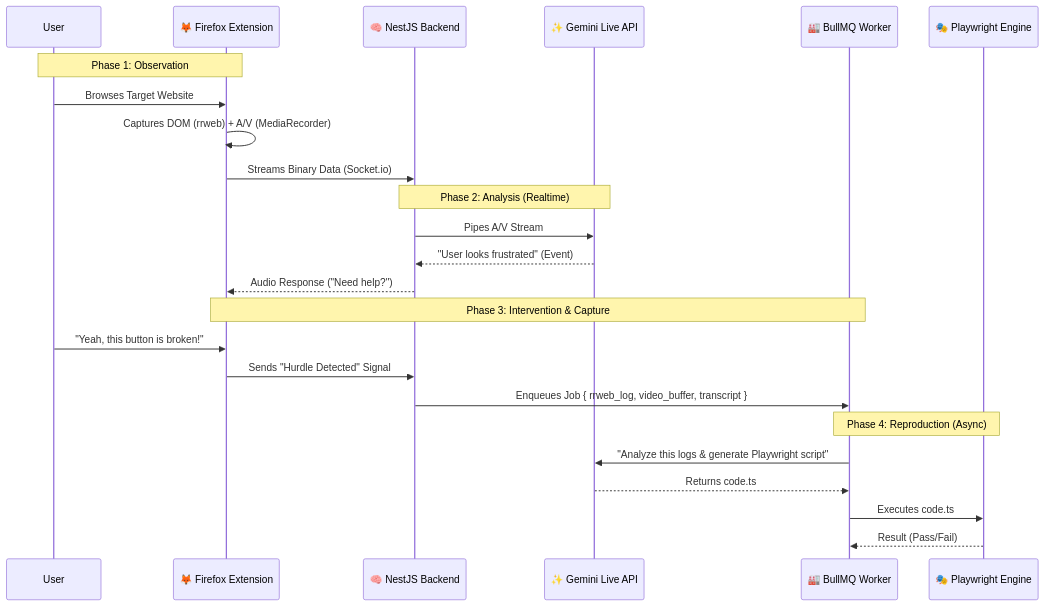
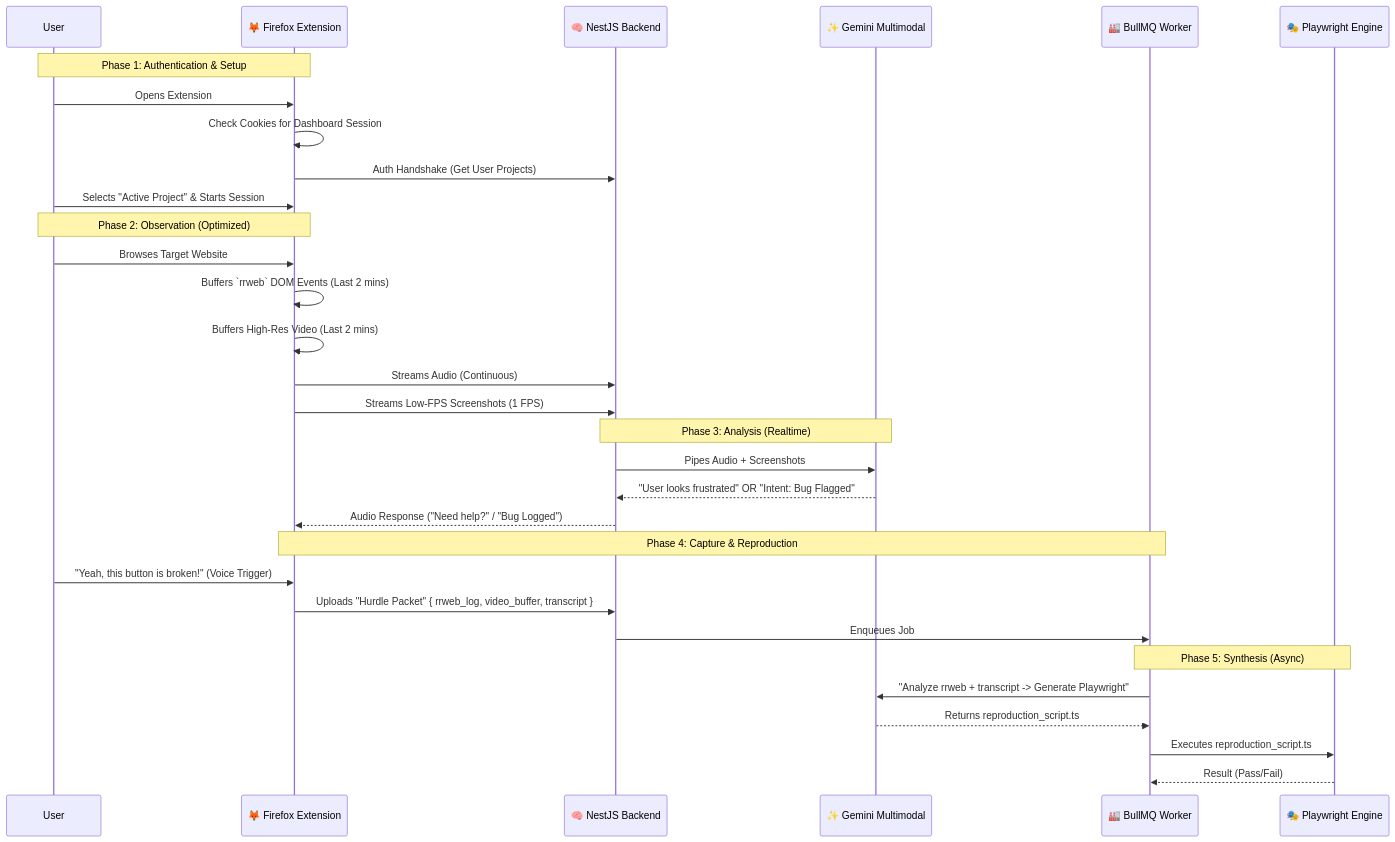
Before and after one commit to MohamedAyman04/gemini-3-hackathon: the diagram in docs/orchestration.md, drawn with Mermaid. The commit also changed other lines of this file and 1 other file, not shown here.

Commit message:
Updating docs with extension authentication and clearer vision for the extension

````diff
--- a/docs/orchestration.md
+++ b/docs/orchestration.md
@@ -7,30 +8,38 @@
 ```mermaid
 sequenceDiagram
     participant User
     participant Ext as 🦊 Firefox Extension
     participant BE as 🧠 NestJS Backend
-    participant Gem as ✨ Gemini Live API
+    participant Gem as ✨ Gemini Multimodal
     participant Worker as 🏭 BullMQ Worker
     participant PW as 🎭 Playwright Engine
 
-    Note over User, Ext: Phase 1: Observation
+    Note over User, Ext: Phase 1: Authentication & Setup
+    User->>Ext: Opens Extension
+    Ext->>Ext: Check Cookies for Dashboard Session
+    Ext->>BE: Auth Handshake (Get User Projects)
+    User->>Ext: Selects "Active Project" & Starts Session
+
+    Note over User, Ext: Phase 2: Observation (Optimized)
     User->>Ext: Browses Target Website
-    Ext->>Ext: Captures DOM (rrweb) + A/V (MediaRecorder)
-    Ext->>BE: Streams Binary Data (Socket.io)
+    Ext->>Ext: Buffers `rrweb` DOM Events (Last 2 mins)
+    Ext->>Ext: Buffers High-Res Video (Last 2 mins)
+    Ext->>BE: Streams Audio (Continuous)
+    Ext->>BE: Streams Low-FPS Screenshots (1 FPS)
     
-    Note over BE, Gem: Phase 2: Analysis (Realtime)
-    BE->>Gem: Pipes A/V Stream
-    Gem-->>BE: "User looks frustrated" (Event)
-    BE-->>Ext: Audio Response ("Need help?")
+    Note over BE, Gem: Phase 3: Analysis (Realtime)
+    BE->>Gem: Pipes Audio + Screenshots
+    Gem-->>BE: "User looks frustrated" OR "Intent: Bug Flagged"
+    BE-->>Ext: Audio Response ("Need help?" / "Bug Logged")
     
-    Note over Ext, Worker: Phase 3: Intervention & Capture
-    User->>Ext: "Yeah, this button is broken!"
-    Ext->>BE: Sends "Hurdle Detected" Signal
-    BE->>Worker: Enqueues Job { rrweb_log, video_buffer, transcript }
+    Note over Ext, Worker: Phase 4: Capture & Reproduction
+    User->>Ext: "Yeah, this button is broken!" (Voice Trigger)
+    Ext->>BE: Uploads "Hurdle Packet" { rrweb_log, video_buffer, transcript }
+    BE->>Worker: Enqueues Job
     
-    Note over Worker, PW: Phase 4: Reproduction (Async)
-    Worker->>Gem: "Analyze this logs & generate Playwright script"
-    Gem-->>Worker: Returns code.ts
-    Worker->>PW: Executes code.ts
+    Note over Worker, PW: Phase 5: Synthesis (Async)
+    Worker->>Gem: "Analyze rrweb + transcript -> Generate Playwright"
+    Gem-->>Worker: Returns reproduction_script.ts
+    Worker->>PW: Executes reproduction_script.ts
     PW-->>Worker: Result (Pass/Fail)
 ```
````
